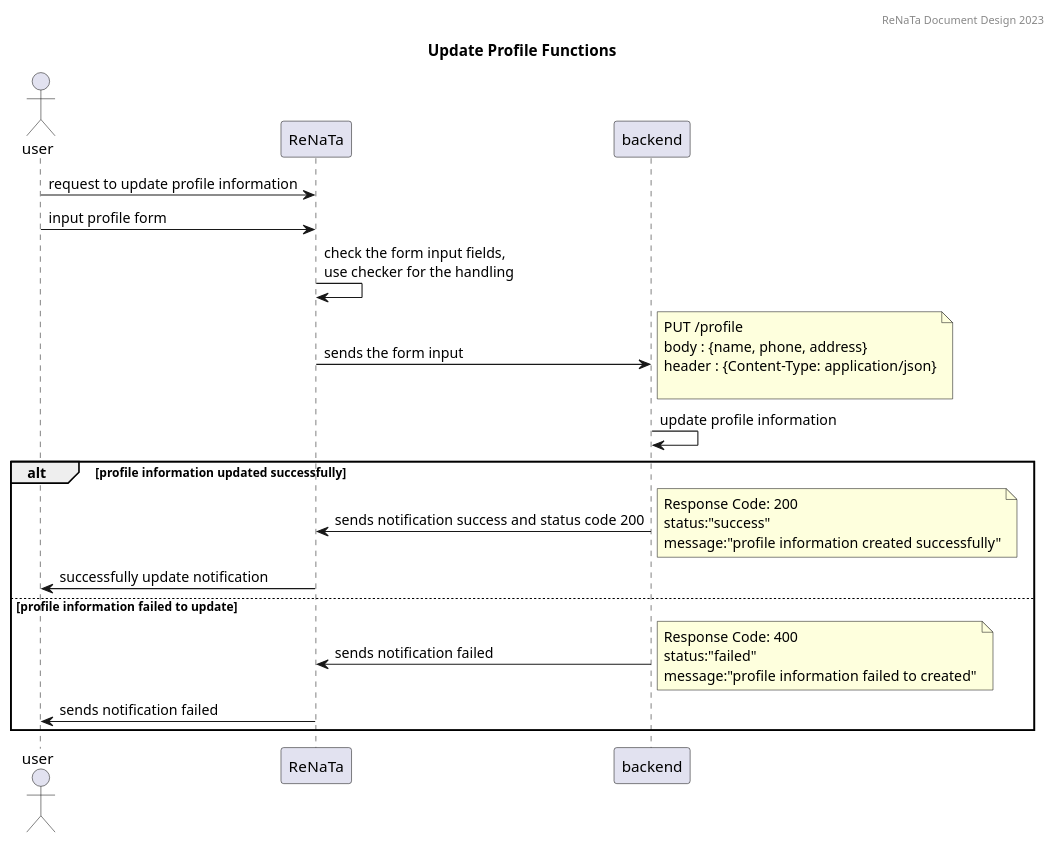
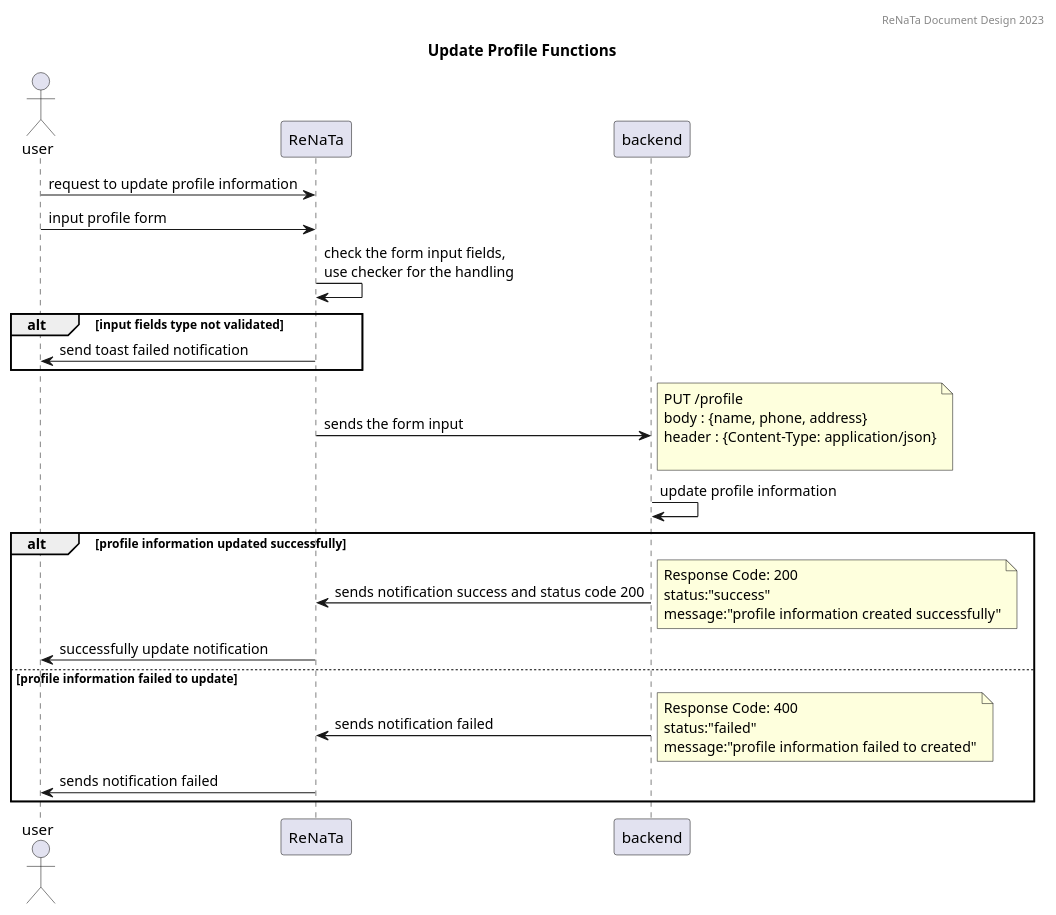
Before and after one commit to RENATA-C23-PS218/renata-project-design: the diagram in uml-sequence/profile/update-profile.puml, drawn with PlantUML.

Commit message:
update: add input checker

```diff
--- a/uml-sequence/profile/update-profile.puml
+++ b/uml-sequence/profile/update-profile.puml
@@ -1,29 +1,32 @@
 @startuml
 
 header ReNaTa Document Design 2023
 title Update Profile Functions
 
 actor user
 participant ReNaTa
 participant backend
 
 note left: User can view and edit their profile information such as name, email, and password
 
 user->ReNaTa: request to update profile information
 user->ReNaTa: input profile form
 ReNaTa->ReNaTa: check the form input fields, \nuse checker for the handling
+alt input fields type not validated
+    ReNaTa->user: send toast failed notification
+end
 backend<-ReNaTa: sends the form input
 note right : PUT /profile\nbody : {name, phone, address}\nheader : {Content-Type: application/json}\n 
 
 backend->backend: update profile information 
 alt profile information updated successfully
     backend->ReNaTa: sends notification success and status code 200
     note right: Response Code: 200\nstatus:"success"\nmessage:"profile information created successfully"
     user<-ReNaTa: successfully update notification
 else profile information failed to update
     backend->ReNaTa: sends notification failed
     note right: Response Code: 400\nstatus:"failed"\nmessage:"profile information failed to created"
     user<-ReNaTa: sends notification failed
 end
 
 @enduml
```
